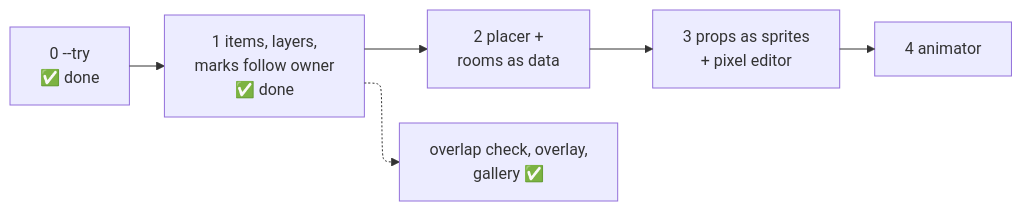
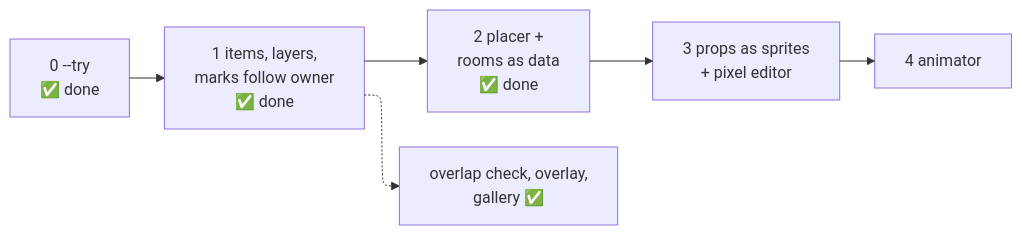
Before and after one commit to zelvet-velvet/clawd-room: the second of 2 diagrams in Clawd Room Note/Notes/Engine Design.md, drawn with Mermaid. The commit also changed other lines of this file and 26 other files, not shown here.

First line of the commit message:
feat(engine): the placer (step 2): wall items from room data by priority, gates' keep-clear zones, measured workspaces, the playground and bushes in the floor left; --check 107 -> 0 overlaps; --try at a fixed scale

````diff
--- a/Clawd Room Note/Notes/Engine Design.md
+++ b/Clawd Room Note/Notes/Engine Design.md
@@ -97,6 +105,6 @@
 ```mermaid
 %%{init: {"flowchart": {"defaultRenderer": "elk"}}}%%
 flowchart LR
-    S0["0 --try<br/>✅ done"] --> S1["1 items, layers,<br/>marks follow owner<br/>✅ done"] --> S2["2 placer +<br/>rooms as data"] --> S3["3 props as sprites<br/>+ pixel editor"] --> S4["4 animator"]
+    S0["0 --try<br/>✅ done"] --> S1["1 items, layers,<br/>marks follow owner<br/>✅ done"] --> S2["2 placer +<br/>rooms as data<br/>✅ done"] --> S3["3 props as sprites<br/>+ pixel editor"] --> S4["4 animator"]
     S1 -.-> T["overlap check, overlay,<br/>gallery ✅"]
 ```
````
